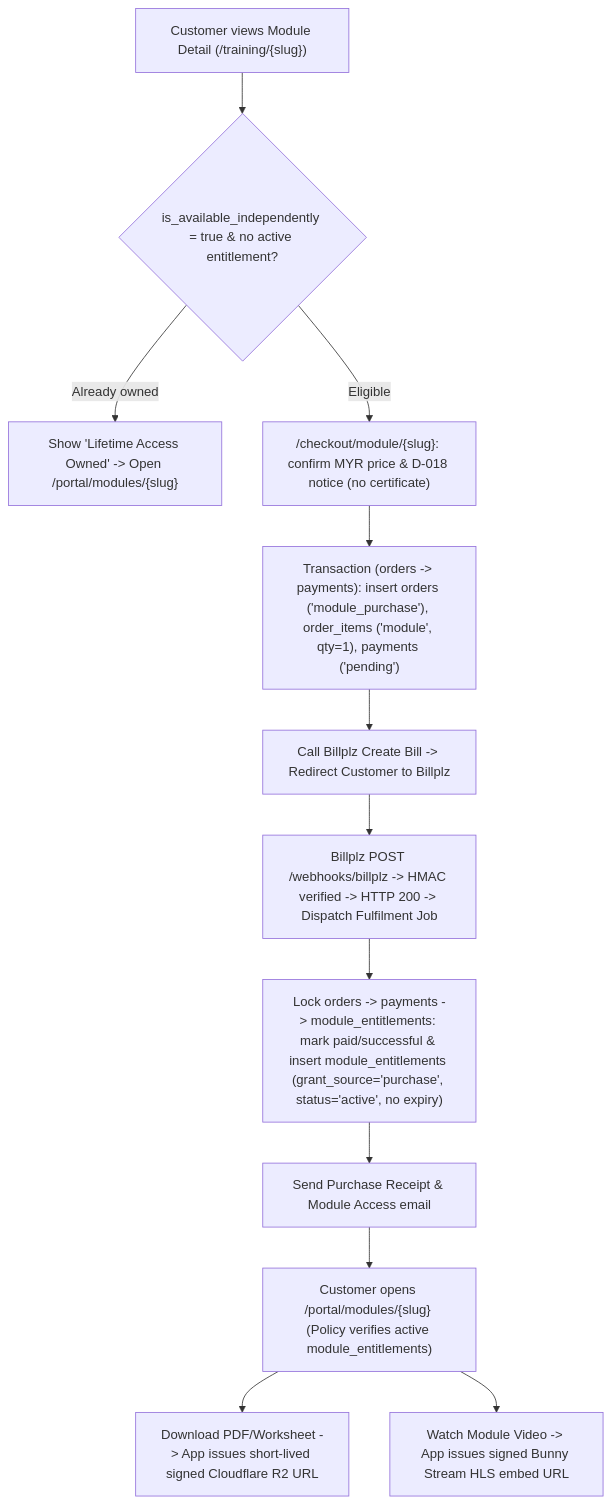
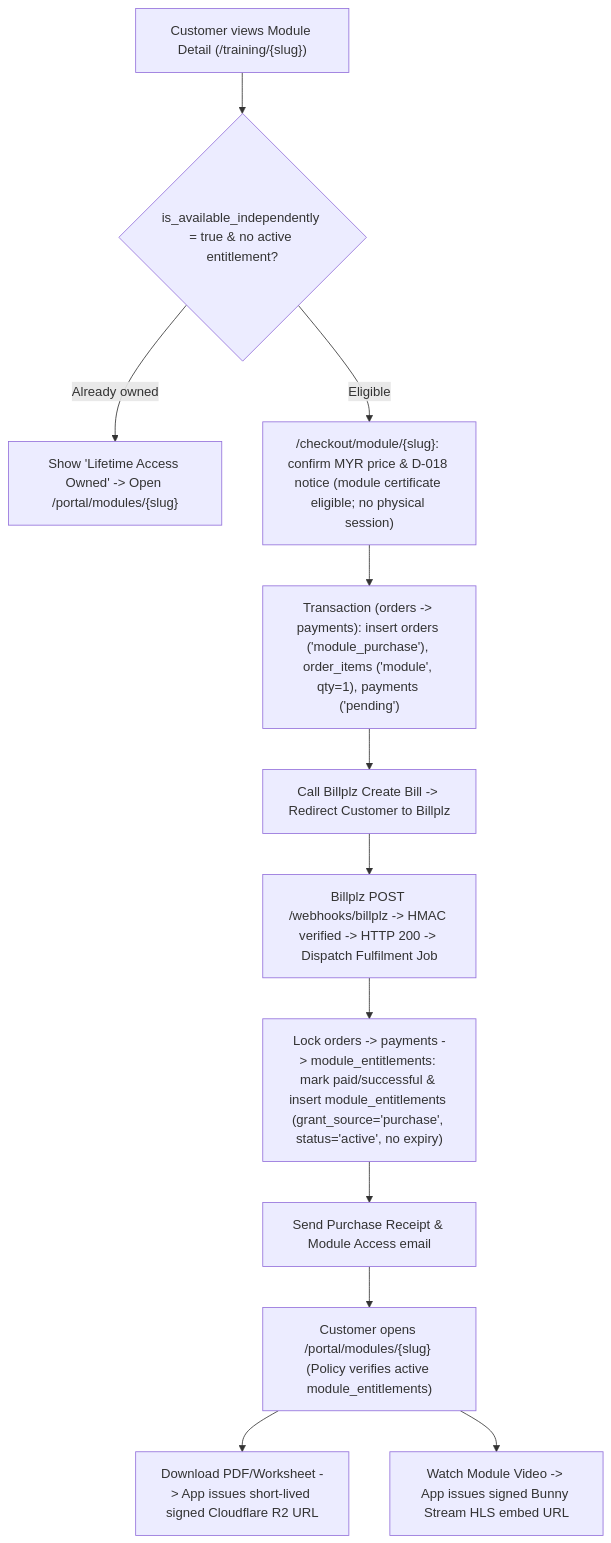
One commit to Fagacie/EHTS_MTS changed the fourth of 7 diagrams in docs/USER-FLOWS.md. Above: the diagram before and after it, drawn with Mermaid. The commit also changed other lines of this file and 216 other files, not shown here.

````diff
--- a/docs/USER-FLOWS.md
+++ b/docs/USER-FLOWS.md
@@ -183,21 +183,21 @@
 ```mermaid
 flowchart TD
     Browse["Customer views Module Detail (/training/{slug})"]
     Eligible{"is_available_independently = true & no active entitlement?"}
     AlreadyOwned["Show 'Lifetime Access Owned' -> Open /portal/modules/{slug}"]
-    Checkout["/checkout/module/{slug}: confirm MYR price & D-018 notice (no certificate)"]
+    Checkout["/checkout/module/{slug}: confirm MYR price & D-018 notice (module certificate eligible; no physical session)"]
     LockTx["Transaction (orders -> payments): insert orders ('module_purchase'), order_items ('module', qty=1), payments ('pending')"]
     Billplz["Call Billplz Create Bill -> Redirect Customer to Billplz"]
     Webhook["Billplz POST /webhooks/billplz -> HMAC verified -> HTTP 200 -> Dispatch Fulfilment Job"]
     Fulfil["Lock orders -> payments -> module_entitlements: mark paid/successful & insert module_entitlements (grant_source='purchase', status='active', no expiry)"]
     Notify["Send Purchase Receipt & Module Access email"]
     Learn["Customer opens /portal/modules/{slug} (Policy verifies active module_entitlements)"]
     R2["Download PDF/Worksheet -> App issues short-lived signed Cloudflare R2 URL"]
     Bunny["Watch Module Video -> App issues signed Bunny Stream HLS embed URL"]
 
     Browse --> Eligible
     Eligible -->|"Already owned"| AlreadyOwned
     Eligible -->|"Eligible"| Checkout --> LockTx --> Billplz --> Webhook --> Fulfil --> Notify --> Learn
     Learn --> R2
     Learn --> Bunny
 ```
````
